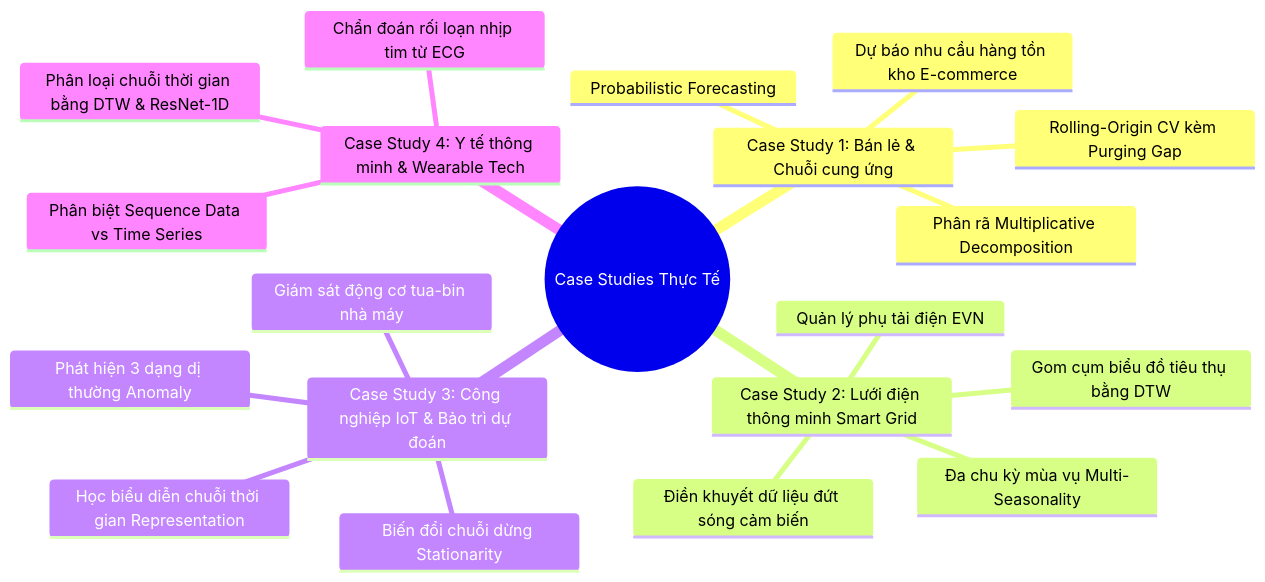
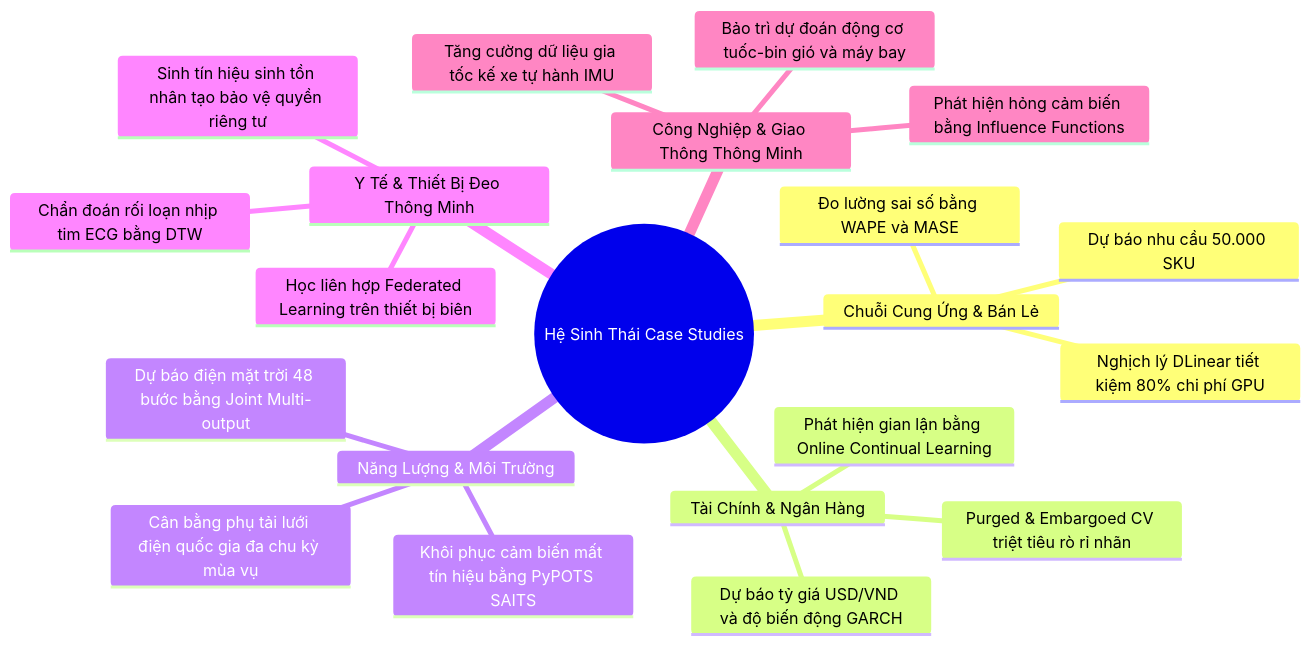
One commit to snowflake-vibing/KnowledgeLibrary changed the diagram in PTDLKD/time-series-data-fundamentals-conecpts/case_studies.md. Above: the diagram before and after it, drawn with Mermaid. The commit also changed other lines of this file and 7 other files, not shown here.

Commit message:
docs: bo sung toan bo 7 case study thuc te song hanh voi 7 file ly thuyet chuoi thoi gian

````diff
--- a/PTDLKD/time-series-data-fundamentals-conecpts/case_studies.md
+++ b/PTDLKD/time-series-data-fundamentals-conecpts/case_studies.md
@@ -9,23 +23,24 @@
 ```mermaid
 mindmap
-  root((Case Studies Thực Tế))
-    Case Study 1: Bán lẻ & Chuỗi cung ứng
-      Dự báo nhu cầu hàng tồn kho E-commerce
-      Phân rã Multiplicative Decomposition
-      Rolling-Origin CV kèm Purging Gap
-      Probabilistic Forecasting
-    Case Study 2: Lưới điện thông minh Smart Grid
-      Quản lý phụ tải điện EVN
-      Đa chu kỳ mùa vụ Multi-Seasonality
-      Gom cụm biểu đồ tiêu thụ bằng DTW
-      Điền khuyết dữ liệu đứt sóng cảm biến
-    Case Study 3: Công nghiệp IoT & Bảo trì dự đoán
-      Giám sát động cơ tua-bin nhà máy
-      Phát hiện 3 dạng dị thường Anomaly
-      Biến đổi chuỗi dừng Stationarity
-      Học biểu diễn chuỗi thời gian Representation
-    Case Study 4: Y tế thông minh & Wearable Tech
-      Chẩn đoán rối loạn nhịp tim từ ECG
-      Phân biệt Sequence Data vs Time Series
-      Phân loại chuỗi thời gian bằng DTW & ResNet-1D
+  root((Hệ Sinh Thái Case Studies))
+    Chuỗi Cung Ứng & Bán Lẻ
+      Dự báo nhu cầu 50.000 SKU
+      Đo lường sai số bằng WAPE và MASE
+      Nghịch lý DLinear tiết kiệm 80% chi phí GPU
+    Tài Chính & Ngân Hàng
+      Dự báo tỷ giá USD/VND và độ biến động GARCH
+      Purged & Embargoed CV triệt tiêu rò rỉ nhãn
+      Phát hiện gian lận bằng Online Continual Learning
+    Năng Lượng & Môi Trường
+      Cân bằng phụ tải lưới điện quốc gia đa chu kỳ mùa vụ
+      Dự báo điện mặt trời 48 bước bằng Joint Multi-output
+      Khôi phục cảm biến mất tín hiệu bằng PyPOTS SAITS
+    Y Tế & Thiết Bị Đeo Thông Minh
+      Chẩn đoán rối loạn nhịp tim ECG bằng DTW
+      Sinh tín hiệu sinh tồn nhân tạo bảo vệ quyền riêng tư
+      Học liên hợp Federated Learning trên thiết bị biên
+    Công Nghiệp & Giao Thông Thông Minh
+      Bảo trì dự đoán động cơ tuốc-bin gió và máy bay
+      Phát hiện hỏng cảm biến bằng Influence Functions
+      Tăng cường dữ liệu gia tốc kế xe tự hành IMU
 ```
````
